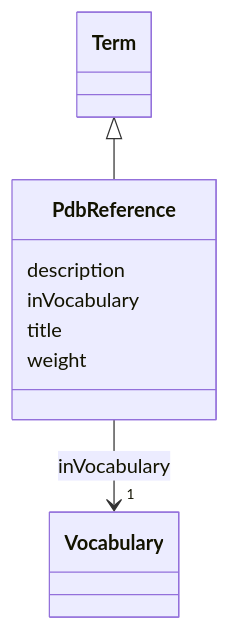
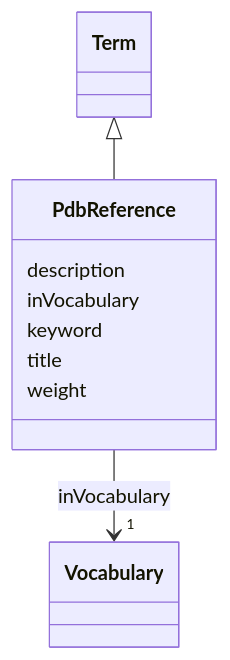
One commit to EVORA-project/evora-ontology changed the diagram in models/docs/PdbReference.md. Above: the diagram before and after it, drawn with Mermaid. The commit also changed other lines of this file and 402 other files, not shown here.

````diff
--- a/models/docs/PdbReference.md
+++ b/models/docs/PdbReference.md
@@ -19,24 +19,26 @@
 ```mermaid
  classDiagram
     class PdbReference
     click PdbReference href "../PdbReference"
       Term <|-- PdbReference
         click Term href "../Term"
       
       PdbReference : description
         
       PdbReference : inVocabulary
         
           
     
     
     PdbReference --> "1" Vocabulary : inVocabulary
     click Vocabulary href "../Vocabulary"
 
         
+      PdbReference : keyword
+        
       PdbReference : title
         
       PdbReference : weight
         
       
 ```
````
